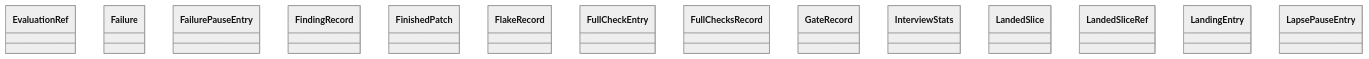
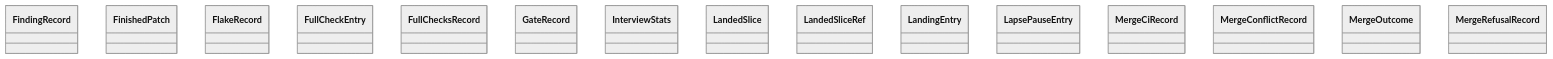
One commit to GonzaloZevallos/agentic-system changed the diagram in docs/architecture/generated/classes-process-domain-state-4.md. Above: the diagram before and after it, drawn with Mermaid (neutral theme). The commit also changed other lines of this file and 7 other files, not shown here.

````diff
--- a/docs/architecture/generated/classes-process-domain-state-4.md
+++ b/docs/architecture/generated/classes-process-domain-state-4.md
@@ -23,17 +23,18 @@
 ```mermaid
 classDiagram
-    class task__EvaluationRef["EvaluationRef"]
-    class task__Failure["Failure"]
-    class task__FailurePauseEntry["FailurePauseEntry"]
     class task__FindingRecord["FindingRecord"]
     class task__FinishedPatch["FinishedPatch"]
     class task__FlakeRecord["FlakeRecord"]
     class task__FullCheckEntry["FullCheckEntry"]
     class task__FullChecksRecord["FullChecksRecord"]
     class task__GateRecord["GateRecord"]
     class task__InterviewStats["InterviewStats"]
     class task__LandedSlice["LandedSlice"]
     class task__LandedSliceRef["LandedSliceRef"]
     class task__LandingEntry["LandingEntry"]
     class task__LapsePauseEntry["LapsePauseEntry"]
+    class task__MergeCiRecord["MergeCiRecord"]
+    class task__MergeConflictRecord["MergeConflictRecord"]
+    class task__MergeOutcome["MergeOutcome"]
+    class task__MergeRefusalRecord["MergeRefusalRecord"]
 ```
````
